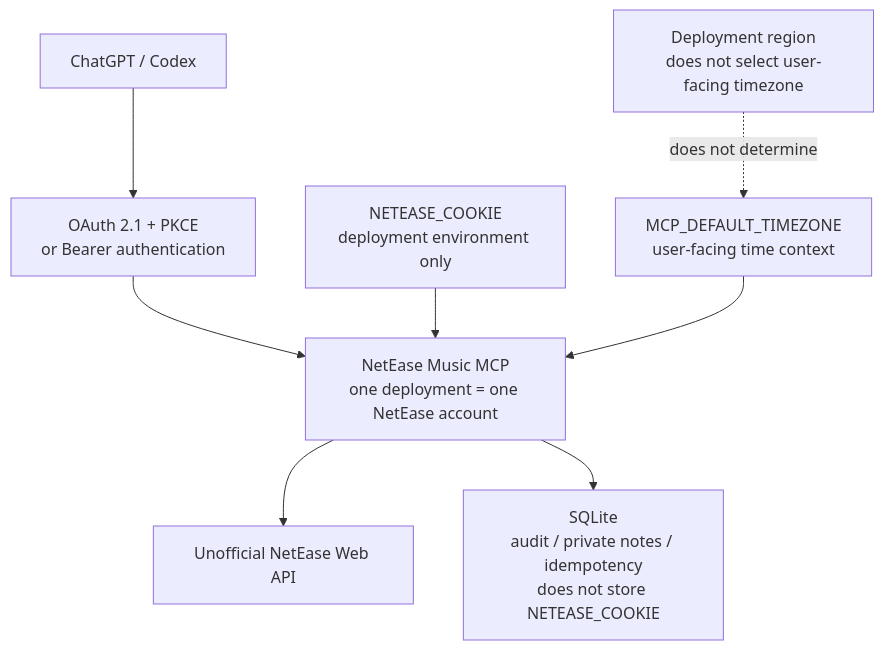
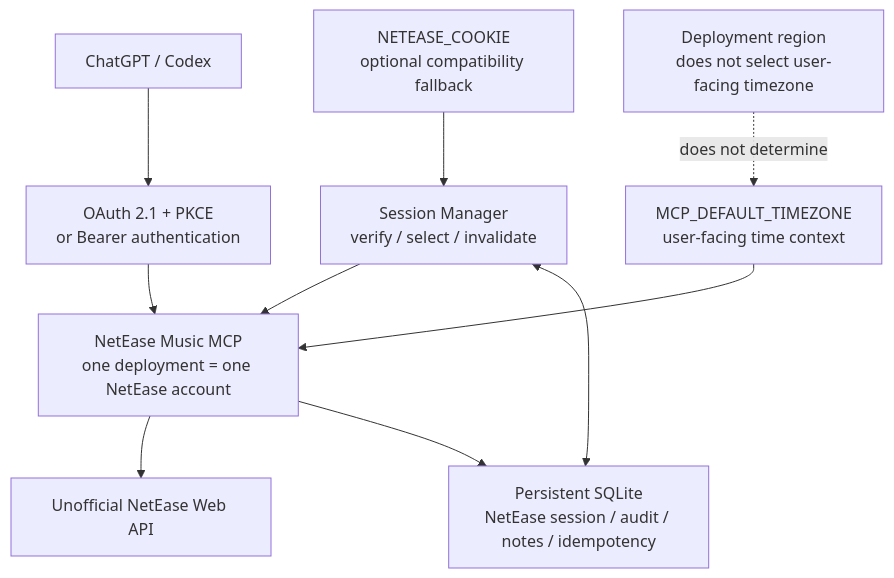
One commit to Rainlxyl/netease-music-mcp-safe changed the diagram in README.md. Above: the diagram before and after it, drawn with Mermaid. The commit also changed other lines of this file and 11 other files, not shown here.

Commit message:
Add persistent NetEase session login

````diff
--- a/README.md
+++ b/README.md
@@ -57,18 +57,20 @@
 ```mermaid
 flowchart TB
     Client["ChatGPT / Codex"]
     Auth["OAuth 2.1 + PKCE<br/>or Bearer authentication"]
     MCP["NetEase Music MCP<br/>one deployment = one NetEase account"]
-    Cookie["NETEASE_COOKIE<br/>deployment environment only"]
+    Cookie["NETEASE_COOKIE<br/>optional compatibility fallback"]
+    Session["Session Manager<br/>verify / select / invalidate"]
     API["Unofficial NetEase Web API"]
-    SQLite["SQLite<br/>audit / private notes / idempotency<br/>does not store NETEASE_COOKIE"]
+    SQLite["Persistent SQLite<br/>NetEase session / audit / notes / idempotency"]
     Timezone["MCP_DEFAULT_TIMEZONE<br/>user-facing time context"]
     Region["Deployment region<br/>does not select user-facing timezone"]
 
     Client --> Auth --> MCP
-    Cookie --> MCP
+    Cookie --> Session --> MCP
     MCP --> API
+    Session <--> SQLite
     MCP --> SQLite
     Timezone --> MCP
     Region -. does not determine .-> Timezone
 ```
````
